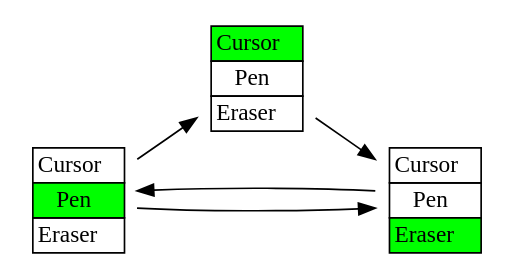
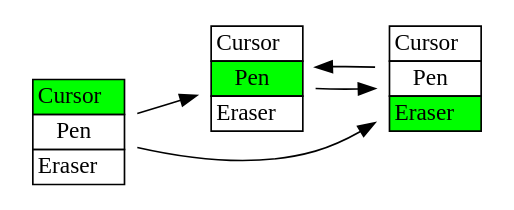
The diagram in modes_current.dot (divarvel/PAPPL-OOo4Kids-Documents), drawn with Graphviz before and after one commit.

Commit message:
Fix: An array was in the wrong direction

```diff
--- a/modes_current.dot
+++ b/modes_current.dot
@@ -1,29 +1,29 @@
 digraph modes {
     rankdir=LR
     node [shape=plaintext];
     state1 [label=<
 <TABLE BORDER="0" CELLBORDER="1" CELLSPACING="0">
 <TR><TD>Cursor</TD></TR>
 <TR><TD BGCOLOR="#00FF00">Pen</TD></TR>
 <TR><TD>Eraser</TD></TR>
 </TABLE>>];
     state2 [label=<
 <TABLE BORDER="0" CELLBORDER="1" CELLSPACING="0">
 <TR><TD BGCOLOR="#00FF00">Cursor</TD></TR>
 <TR><TD>Pen</TD></TR>
 <TR><TD>Eraser</TD></TR>
 </TABLE>>];
     state3 [label=<
 <TABLE BORDER="0" CELLBORDER="1" CELLSPACING="0">
 <TR><TD>Cursor</TD></TR>
 <TR><TD>Pen</TD></TR>
 <TR><TD BGCOLOR="#00FF00">Eraser</TD></TR>
 </TABLE>>];
 
-    state1 -> state2;
+    state2 -> state1;
 
     state2 -> state3;
 
     state1 -> state3;
     state3 -> state1;
 }
```
